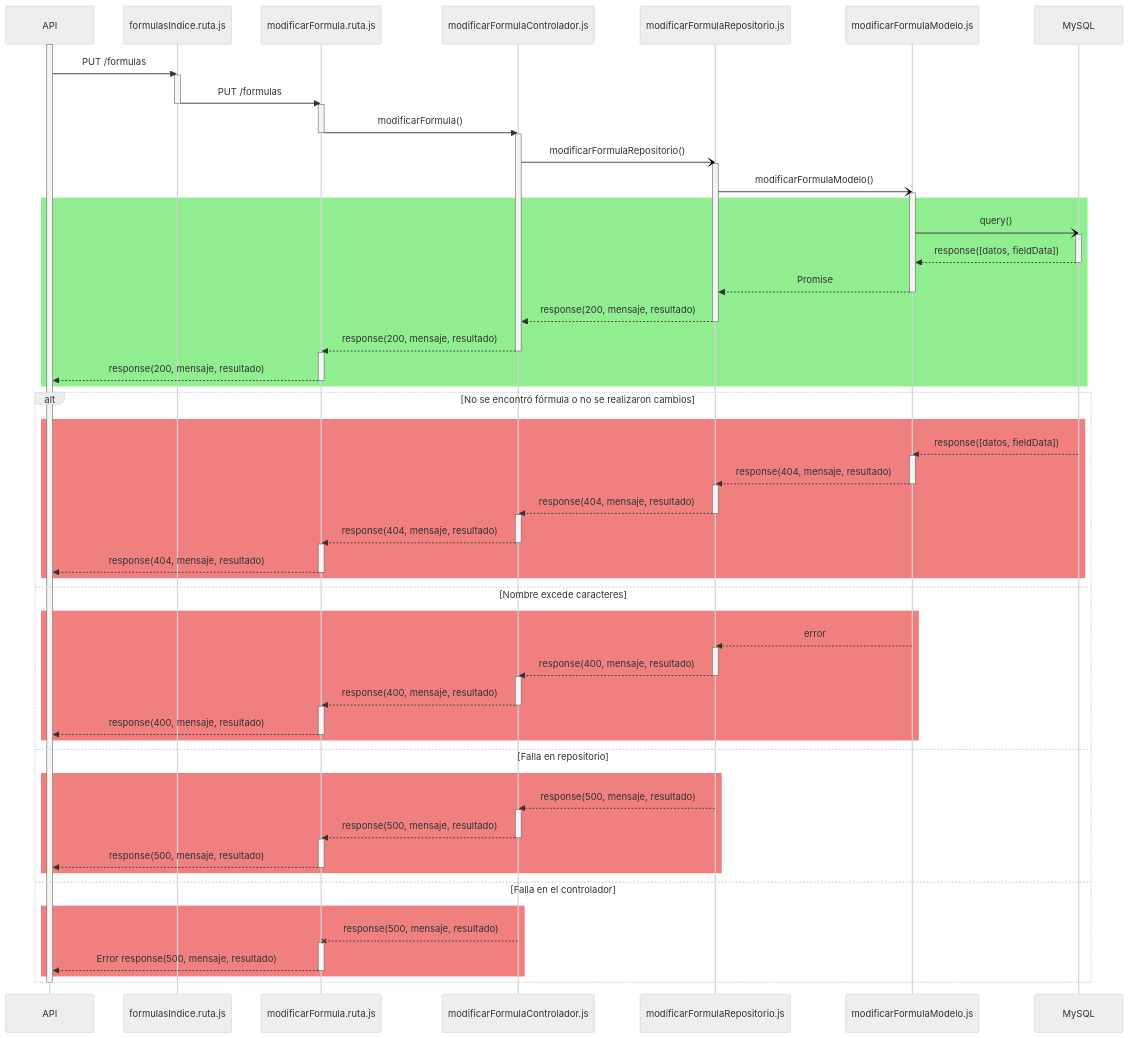
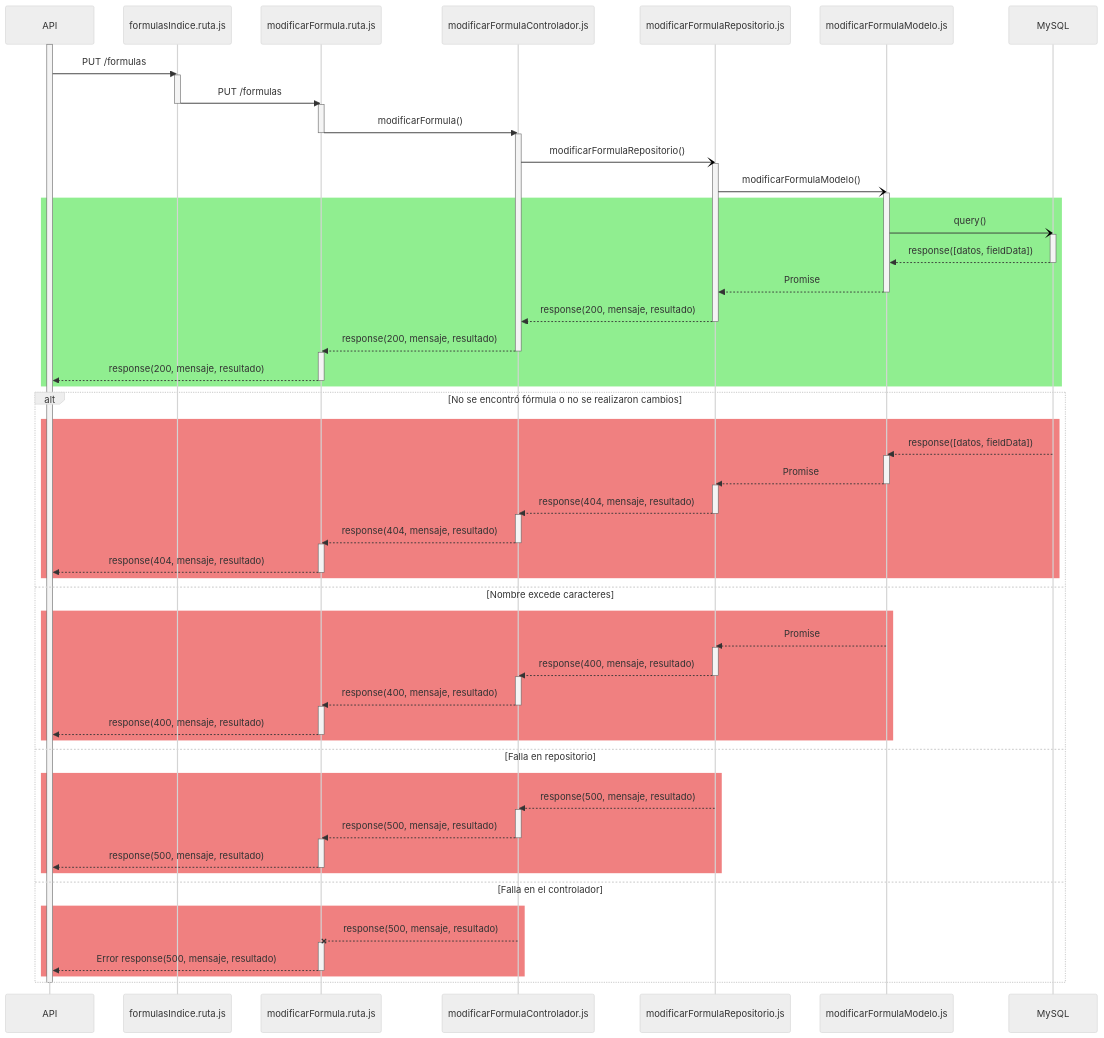
The second of 2 diagrams in documentation/docs/proyectos/tractores/documentacion/requisitos/RF31.md (CodeAnd-Co/Documentacion), drawn with Mermaid (neutral theme) before and after one commit.

Commit message:
Detalles de respuesta de diagrama

```diff
--- a/documentation/docs/proyectos/tractores/documentacion/requisitos/RF31.md
+++ b/documentation/docs/proyectos/tractores/documentacion/requisitos/RF31.md
@@ -146,7 +146,7 @@
         rect Lightcoral
             DB -->> Modelo: response([datos, fieldData])
             activate Modelo
-            Modelo -->> Repositorio: response(404, mensaje, resultado)
+            Modelo -->> Repositorio: Promise
             deactivate Modelo
             activate Repositorio
             Repositorio -->> Controlador: response(404, mensaje, resultado)
@@ -160,7 +160,7 @@
         end
     else Nombre excede caracteres
         rect Lightcoral
-            Modelo -->> Repositorio: error
+            Modelo -->> Repositorio: Promise
             activate Repositorio
             Repositorio -->> Controlador: response(400, mensaje, resultado)
             deactivate Repositorio
```
